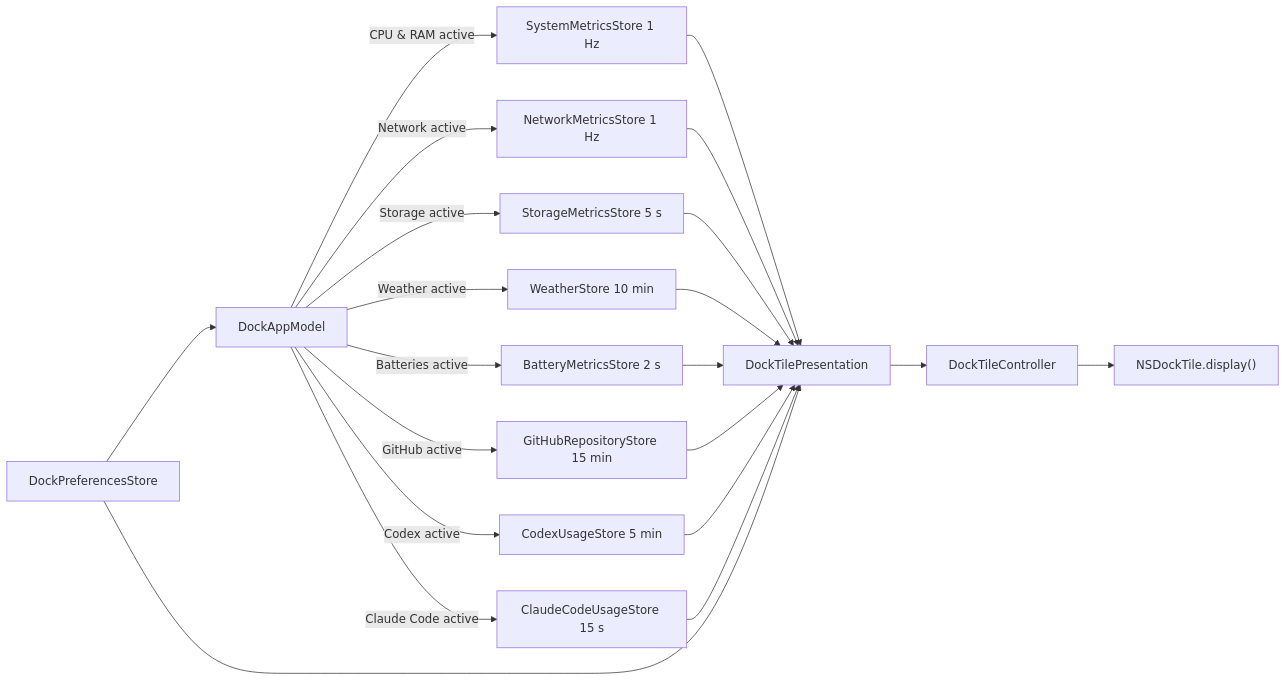
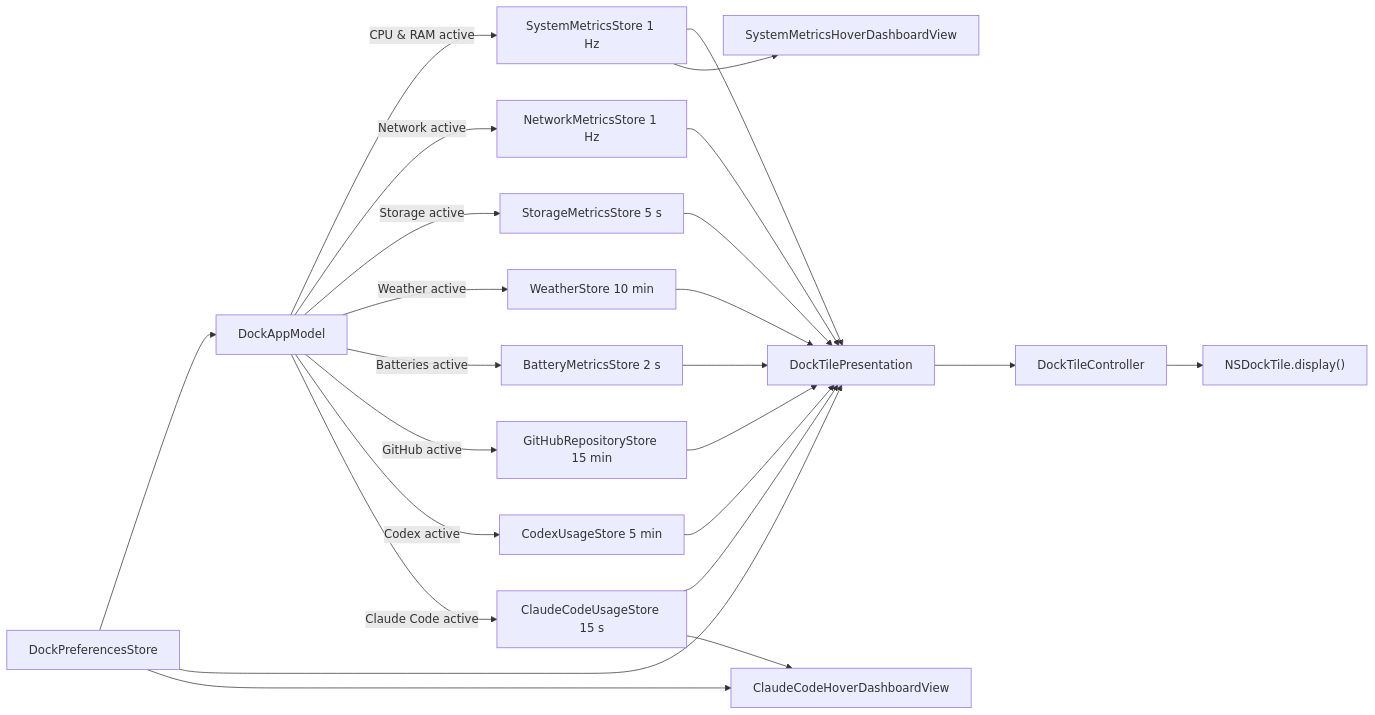
One commit to thanhdongnguyen/DockMagic changed the diagram in docs/ARCHITECTURE.md. Above: the diagram before and after it, drawn with Mermaid. The commit also changed other lines of this file and 21 other files, not shown here.

````diff
--- a/docs/ARCHITECTURE.md
+++ b/docs/ARCHITECTURE.md
@@ -84,23 +87,26 @@
 ```mermaid
 flowchart LR
     P["DockPreferencesStore"] --> A["DockAppModel"]
     A -->|"CPU & RAM active"| M["SystemMetricsStore 1 Hz"]
     A -->|"Network active"| R["NetworkMetricsStore 1 Hz"]
     A -->|"Storage active"| S["StorageMetricsStore 5 s"]
     A -->|"Weather active"| W["WeatherStore 10 min"]
     A -->|"Batteries active"| B["BatteryMetricsStore 2 s"]
     A -->|"GitHub active"| G["GitHubRepositoryStore 15 min"]
     A -->|"Codex active"| C["CodexUsageStore 5 min"]
     A -->|"Claude Code active"| L["ClaudeCodeUsageStore 15 s"]
     M --> D["DockTilePresentation"]
+    M --> X["SystemMetricsHoverDashboardView"]
     R --> D
     S --> D
     W --> D
     B --> D
     G --> D
     C --> D
     L --> D
     P --> D
     D --> H["DockTileController"]
     H --> N["NSDockTile.display()"]
+    L --> V["ClaudeCodeHoverDashboardView"]
+    P --> V
 ```
````
